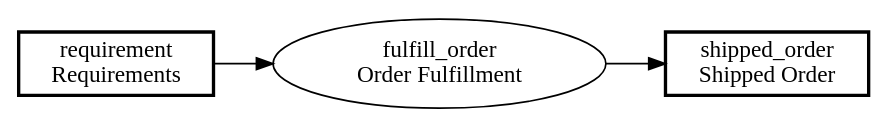
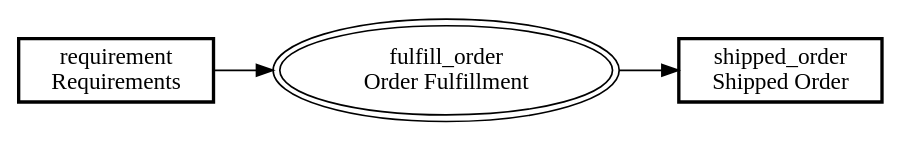
One commit to takasek/pfdsl changed diagram 11 of 14 in docs/samples/README.md. Above: the diagram before and after it, drawn with Graphviz. The commit also changed other lines of this file and 4 other files, not shown here.

````diff
--- a/docs/samples/README.md
+++ b/docs/samples/README.md
@@ -468,13 +468,13 @@
 ```dot
 digraph PFDSL {
   rankdir=LR;
   newrank=true;
 
-  "fulfill_order" [shape=ellipse, label="fulfill_order\nOrder Fulfillment", tooltip="Order Fulfillment\nsubflow: ./12-subflow-detail.pfdsl"];
+  "fulfill_order" [shape=ellipse, label="fulfill_order\nOrder Fulfillment", tooltip="Order Fulfillment\nsubflow: ./12-subflow-detail.pfdsl", peripheries="2"];
   "requirement" [shape=box, label="requirement\nRequirements", penwidth="2"];
   "shipped_order" [shape=box, label="shipped_order\nShipped Order", penwidth="2"];
 
   "requirement" -> "fulfill_order";
   "fulfill_order" -> "shipped_order";
 }
 ```
````
